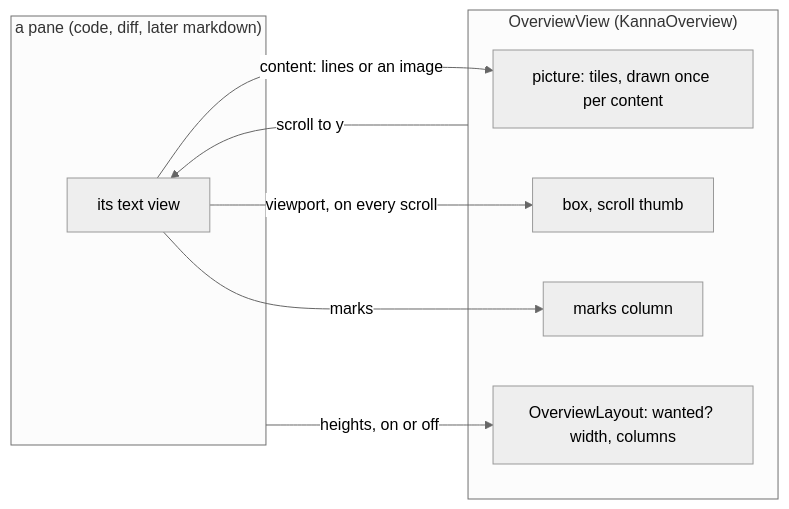
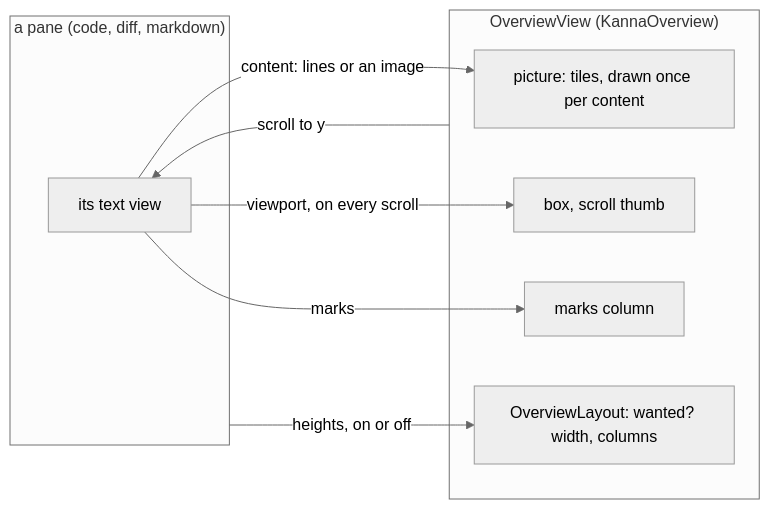
The second of 2 diagrams in docs/specs/overview.md (tampopogk/kanna), drawn with Mermaid (neutral theme) before and after one commit. The commit also changed other lines of this file and 10 other files, not shown here.

Commit message:
Markdown overview: mockup of the overview on the markdown pane and its diff mode (the rendered page shrunk, change, comment and find marks, the comments list kept first); spec, linked from overview, markdown diff and app panes

````diff
--- a/docs/specs/overview.md
+++ b/docs/specs/overview.md
@@ -79,17 +79,17 @@
 ```mermaid
 flowchart LR
-    subgraph P["a pane (code, diff, later markdown)"]
+    subgraph P["a pane (code, diff, markdown)"]
         T["its text view"]
     end
     subgraph O["OverviewView (KannaOverview)"]
         PIC["picture: tiles, drawn once per content"]
         BOX["box, scroll thumb"]
         MK["marks column"]
         LAY["OverviewLayout: wanted? width, columns"]
     end
     T -->|"content: lines or an image"| PIC
     T -->|"marks"| MK
     T -->|"viewport, on every scroll"| BOX
     O -->|"scroll to y"| T
     P -->|"heights, on or off"| LAY
 ```
````
